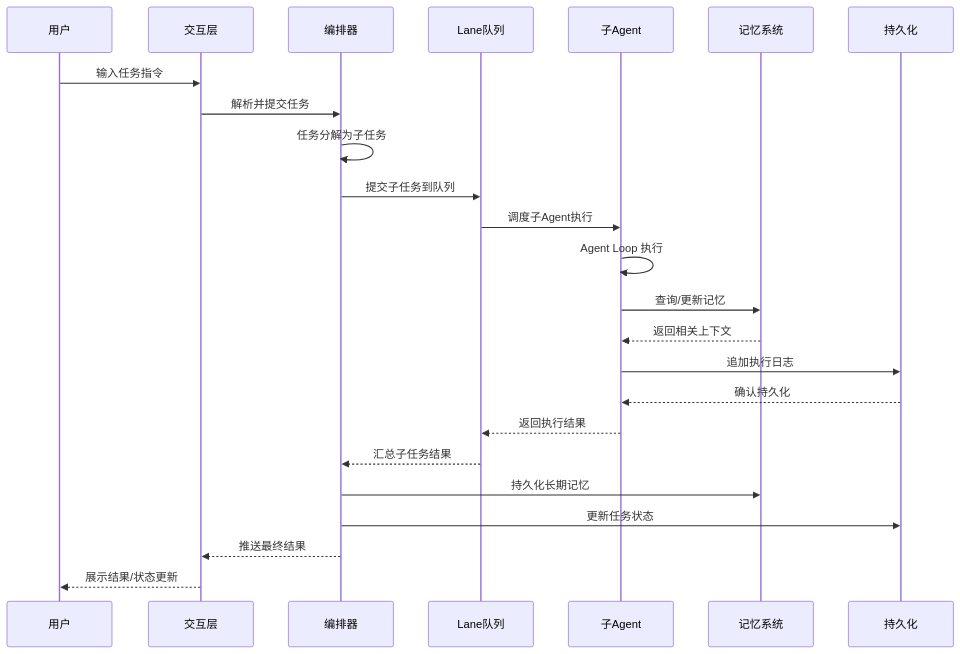
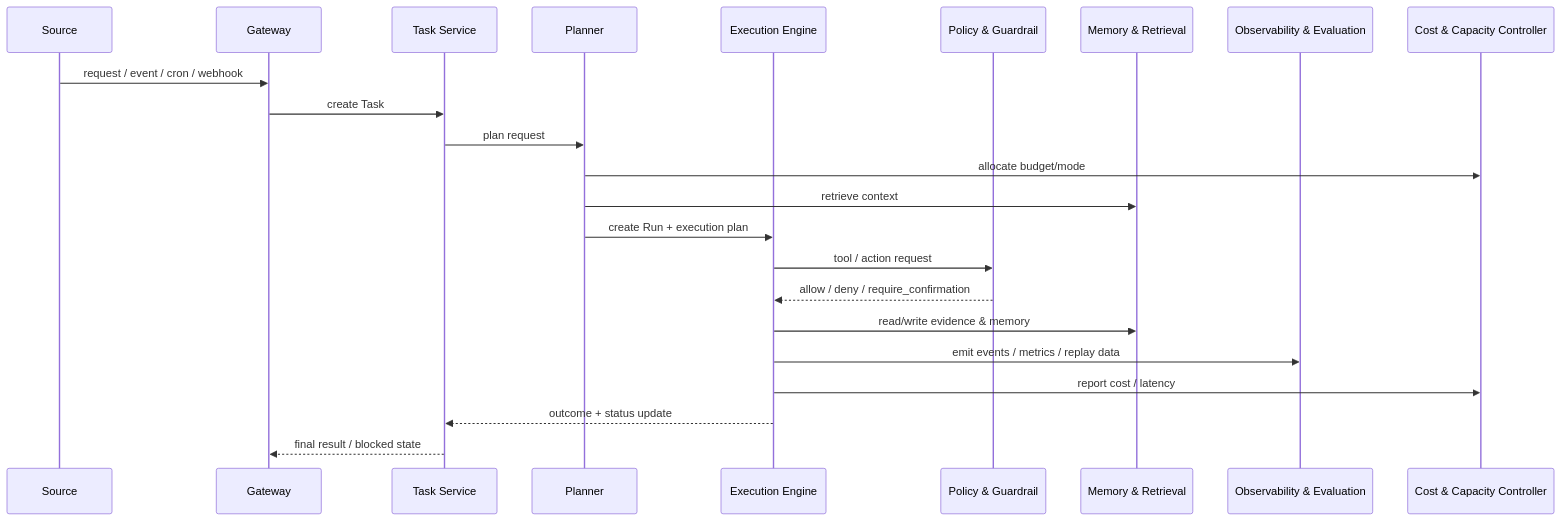
The diagram in docs/specs/data-flow.md (Miyan0Shiho/sherryAgent), drawn with Mermaid before and after one commit. The commit also changed other lines of this file and 11 other files, not shown here.

````diff
--- a/docs/specs/data-flow.md
+++ b/docs/specs/data-flow.md
@@ -15,27 +18,26 @@
 ```mermaid
 sequenceDiagram
-    participant U as 用户
-    participant IF as 交互层
-    participant ORC as 编排器
-    participant LANE as Lane队列
-    participant AGT as 子Agent
-    participant MEM as 记忆系统
-    participant PERS as 持久化
+    participant SRC as Source
+    participant GW as Gateway
+    participant TS as Task Service
+    participant PL as Planner
+    participant EX as Execution Engine
+    participant PG as Policy & Guardrail
+    participant MR as Memory & Retrieval
+    participant OE as Observability & Evaluation
+    participant CC as Cost & Capacity Controller
 
-    U->>IF: 输入任务指令
-    IF->>ORC: 解析并提交任务
-    ORC->>ORC: 任务分解为子任务
-    ORC->>LANE: 提交子任务到队列
-    LANE->>AGT: 调度子Agent执行
-    AGT->>AGT: Agent Loop 执行
-    AGT->>MEM: 查询/更新记忆
-    MEM-->>AGT: 返回相关上下文
-    AGT->>PERS: 追加执行日志
-    PERS-->>AGT: 确认持久化
-    AGT-->>LANE: 返回执行结果
-    LANE-->>ORC: 汇总子任务结果
-    ORC->>MEM: 持久化长期记忆
-    ORC->>PERS: 更新任务状态
-    ORC-->>IF: 推送最终结果
-    IF-->>U: 展示结果/状态更新
+    SRC->>GW: request / event / cron / webhook
+    GW->>TS: create Task
+    TS->>PL: plan request
+    PL->>CC: allocate budget/mode
+    PL->>MR: retrieve context
+    PL->>EX: create Run + execution plan
+    EX->>PG: tool / action request
+    PG-->>EX: allow / deny / require_confirmation
+    EX->>MR: read/write evidence & memory
+    EX->>OE: emit events / metrics / replay data
+    EX->>CC: report cost / latency
+    EX-->>TS: outcome + status update
+    TS-->>GW: final result / blocked state
 ```
````
